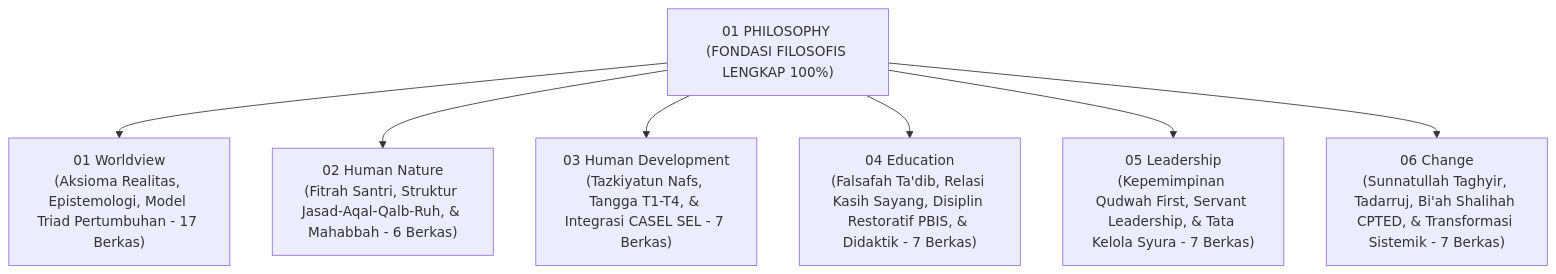
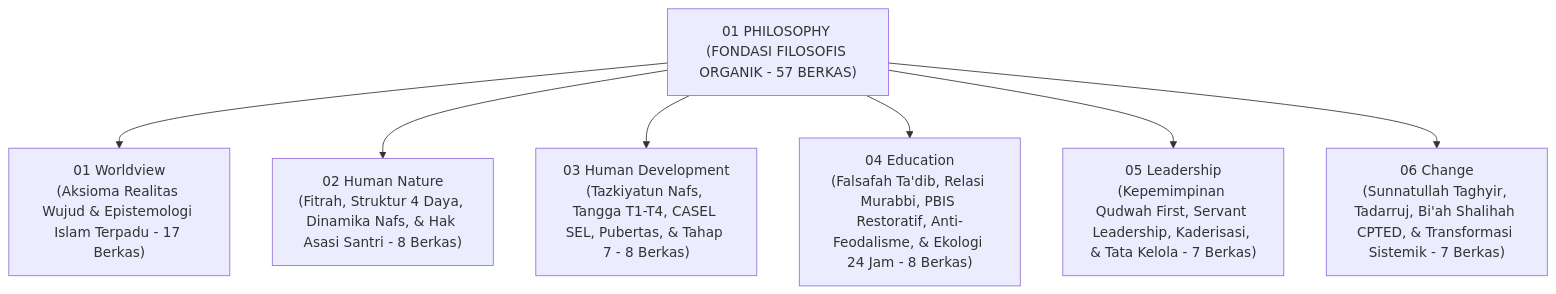
The diagram in 01 Philosophy/README.md (wandiapriliyandi/tumbuh), drawn with Mermaid before and after one commit. The commit also changed other lines of this file and 18 other files, not shown here.

````diff
--- a/01 Philosophy/README.md
+++ b/01 Philosophy/README.md
@@ -9,10 +14,11 @@
 ```mermaid
 graph TD
-    P1["01 PHILOSOPHY (FONDASI FILOSOFIS LENGKAP 100%)"]
-    P1 --> D1["01 Worldview<br/>(Aksioma Realitas, Epistemologi, Model Triad Pertumbuhan - 17 Berkas)"]
-    P1 --> D2["02 Human Nature<br/>(Fitrah Santri, Struktur Jasad-Aqal-Qalb-Ruh, & Mahabbah - 6 Berkas)"]
-    P1 --> D3["03 Human Development<br/>(Tazkiyatun Nafs, Tangga T1-T4, & Integrasi CASEL SEL - 7 Berkas)"]
-    P1 --> D4["04 Education<br/>(Falsafah Ta'dib, Relasi Kasih Sayang, Disiplin Restoratif PBIS, & Didaktik - 7 Berkas)"]
-    P1 --> D5["05 Leadership<br/>(Kepemimpinan Qudwah First, Servant Leadership, & Tata Kelola Syura - 7 Berkas)"]
+    P1["01 PHILOSOPHY (FONDASI FILOSOFIS ORGANIK - 57 BERKAS)"]
+    
+    P1 --> D1["01 Worldview<br/>(Aksioma Realitas Wujud & Epistemologi Islam Terpadu - 17 Berkas)"]
+    P1 --> D2["02 Human Nature<br/>(Fitrah, Struktur 4 Daya, Dinamika Nafs, & Hak Asasi Santri - 8 Berkas)"]
+    P1 --> D3["03 Human Development<br/>(Tazkiyatun Nafs, Tangga T1-T4, CASEL SEL, Pubertas, & Tahap 7 - 8 Berkas)"]
+    P1 --> D4["04 Education<br/>(Falsafah Ta'dib, Relasi Murabbi, PBIS Restoratif, Anti-Feodalisme, & Ekologi 24 Jam - 8 Berkas)"]
+    P1 --> D5["05 Leadership<br/>(Kepemimpinan Qudwah First, Servant Leadership, Kaderisasi, & Tata Kelola - 7 Berkas)"]
     P1 --> D6["06 Change<br/>(Sunnatullah Taghyir, Tadarruj, Bi'ah Shalihah CPTED, & Transformasi Sistemik - 7 Berkas)"]
 ```
````
